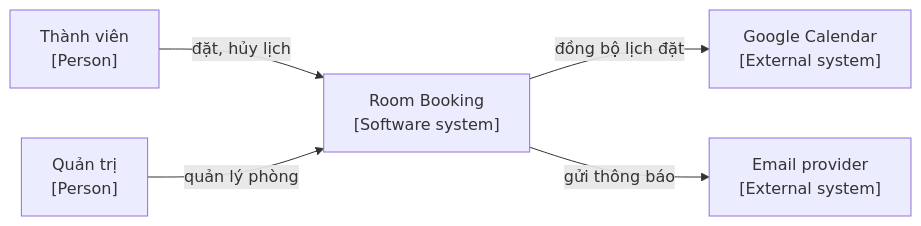
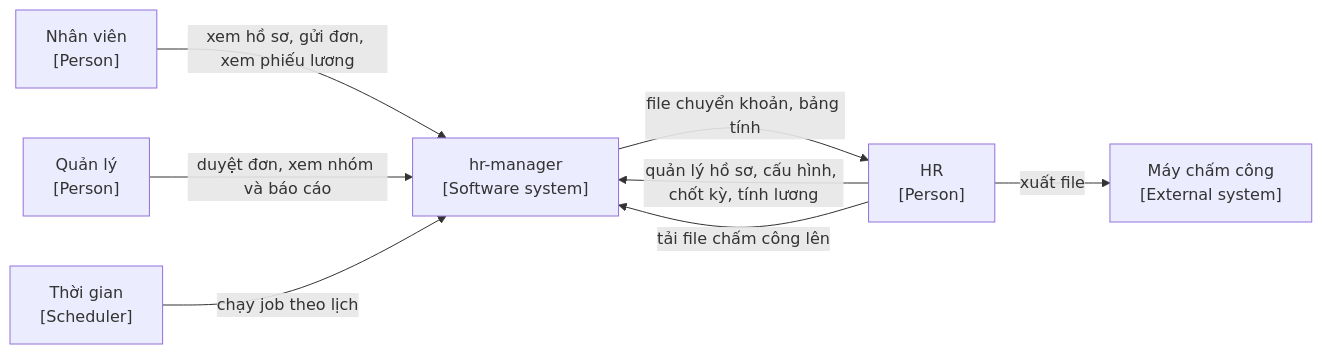
The first of 2 diagrams in ARCHITECTURE.md (pbaodev/hr-manager), drawn with Mermaid before and after one commit. The commit also changed other lines of this file, not shown here.

Commit message:
docs(architecture): viết Context, Container, driver, cross-cutting và threats (#26)

````diff
--- a/ARCHITECTURE.md
+++ b/ARCHITECTURE.md
@@ -17,7 +16,10 @@
 ```mermaid
 flowchart LR
-  member["Thành viên<br/>[Person]"] -->|"đặt, hủy lịch"| system["Room Booking<br/>[Software system]"]
-  admin["Quản trị<br/>[Person]"] -->|"quản lý phòng"| system
-  system -->|"đồng bộ lịch đặt"| gcal["Google Calendar<br/>[External system]"]
-  system -->|"gửi thông báo"| mail["Email provider<br/>[External system]"]
+  nv["Nhân viên<br/>[Person]"] -->|"xem hồ sơ, gửi đơn, xem phiếu lương"| sys["hr-manager<br/>[Software system]"]
+  ql["Quản lý<br/>[Person]"] -->|"duyệt đơn, xem nhóm và báo cáo"| sys
+  hr["HR<br/>[Person]"] -->|"quản lý hồ sơ, cấu hình, chốt kỳ, tính lương"| sys
+  time["Thời gian<br/>[Scheduler]"] -->|"chạy job theo lịch"| sys
+  hr -->|"xuất file"| device["Máy chấm công<br/>[External system]"]
+  hr -->|"tải file chấm công lên"| sys
+  sys -->|"file chuyển khoản, bảng tính"| hr
 ```
````
